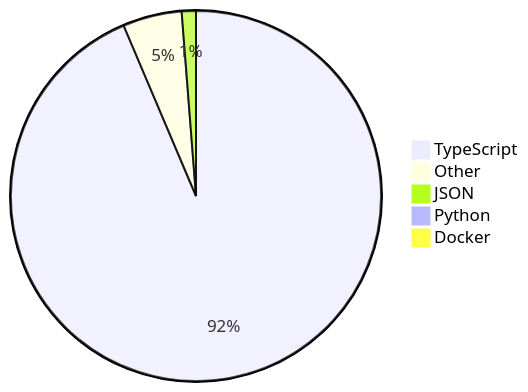
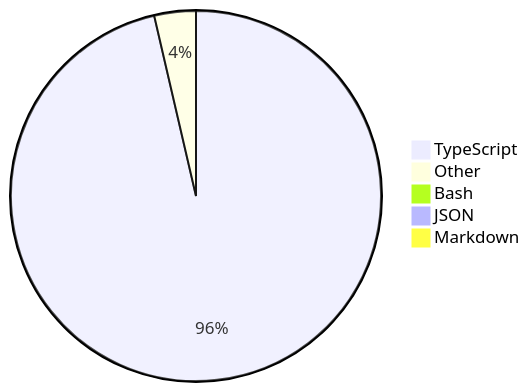
The diagram in README.md (skvggor/skvggor), drawn with Mermaid before and after one commit.

Commit message:
Updated waka-readme graph with new metrics

````diff
--- a/README.md
+++ b/README.md
@@ -28,8 +28,8 @@
 ```mermaid
 pie
-    "TypeScript" : 90.8
-    "Other" : 5.0
-    "JSON" : 1.2
-    "Python" : 0.8
-    "Docker" : 0.6
+    "TypeScript" : 95.6
+    "Other" : 3.6
+    "Bash" : 0.4
+    "JSON" : 0.4
+    "Markdown" : 0.1
 ```
````
